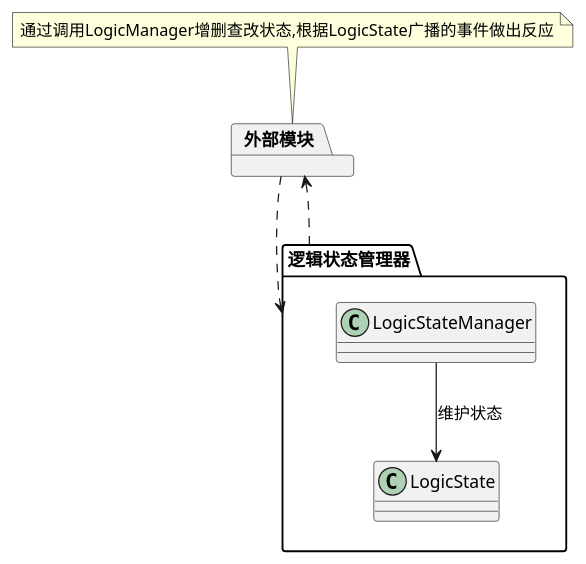
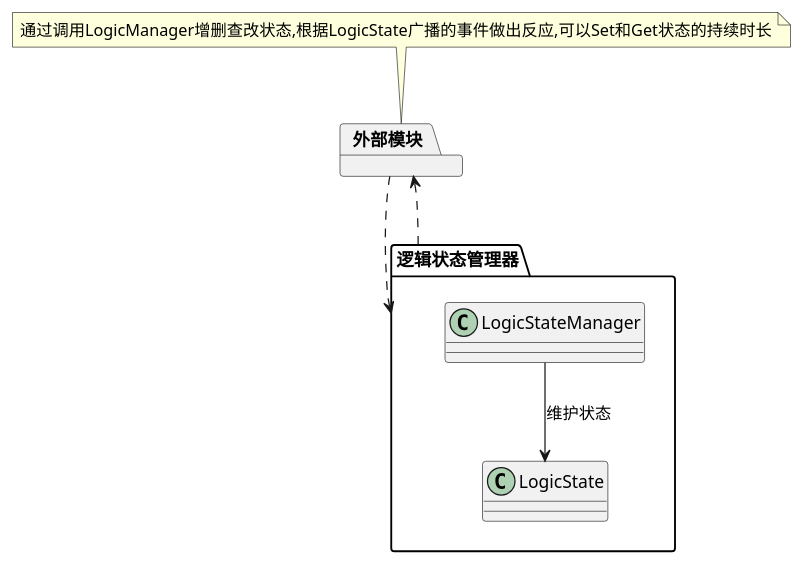
The diagram in Assets/Scripts/Framework/StateManagement/LogicState/LogicState.md (CGandGameEngineLearner/IronAngel), drawn with PlantUML before and after one commit.

````diff
--- a/Assets/Scripts/Framework/StateManagement/LogicState/LogicState.md
+++ b/Assets/Scripts/Framework/StateManagement/LogicState/LogicState.md
@@ -5,18 +5,18 @@
 ```plantuml
 @startuml
 allowmixing
 
 
 package 外部模块
 package 逻辑状态管理器
 {
     class LogicStateManager
     class LogicState
 }
 
-note top of 外部模块:通过调用LogicManager增删查改状态,根据LogicState广播的事件做出反应
+note top of 外部模块:通过调用LogicManager增删查改状态,根据LogicState广播的事件做出反应,可以Set和Get状态的持续时长
 外部模块 ..> 逻辑状态管理器
 外部模块 <.. 逻辑状态管理器
 LogicStateManager --> LogicState:维护状态
 @enduml
 ```
````
